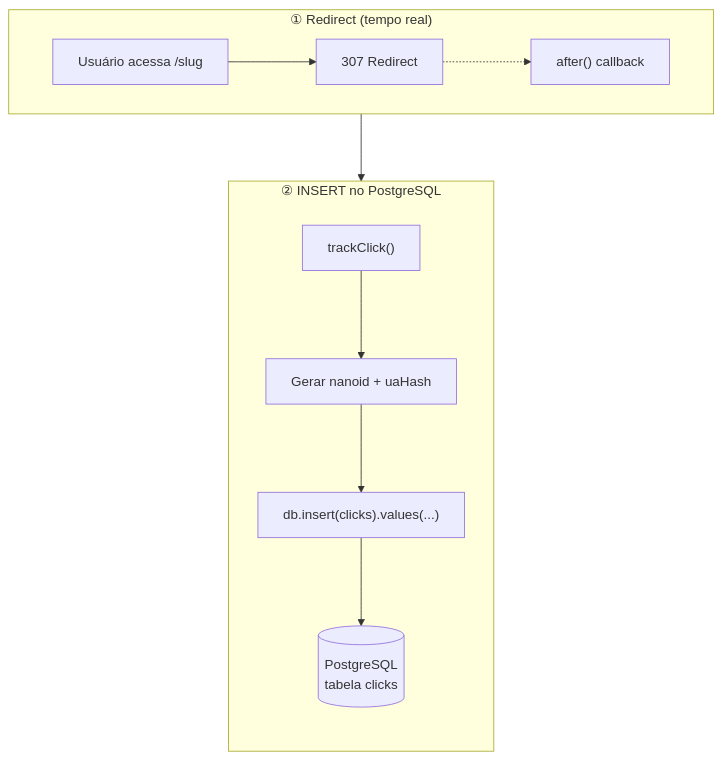
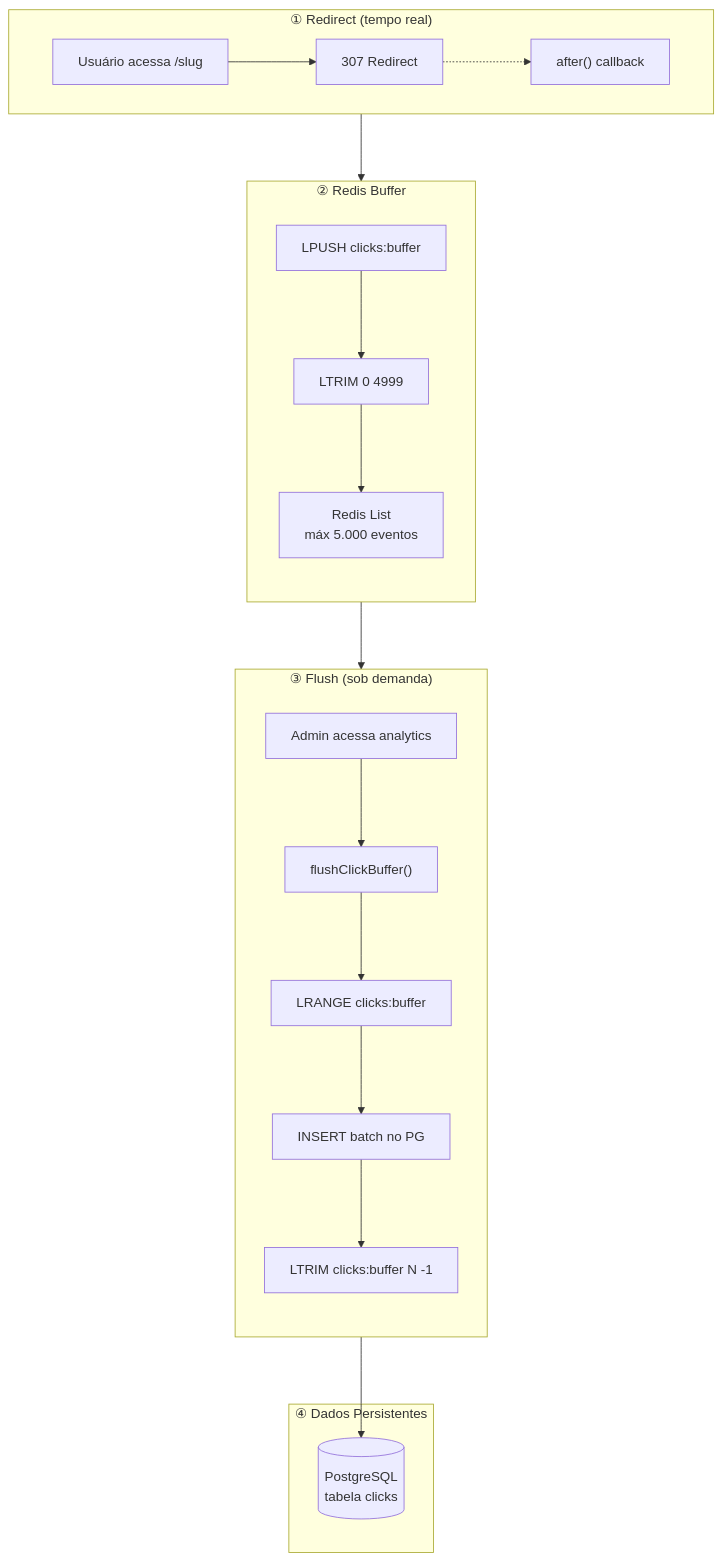
One commit to eduardoaugustolb/encurtador-url changed the first of 3 diagrams in docs/processos-background.md. Above: the diagram before and after it, drawn with Mermaid. The commit also changed other lines of this file and 10 other files, not shown here.

Commit message:
fix: Redis buffer para performance + LTRIM para flush sem re-inserção

````diff
--- a/docs/processos-background.md
+++ b/docs/processos-background.md
@@ -7,17 +7,31 @@
 ```mermaid
 %%{init: {'flowchart': {'nodeSpacing': 50, 'rankSpacing': 80}}}%%
 flowchart TB
     subgraph Redirect["① Redirect (tempo real)"]
         direction LR
         A["Usuário acessa /slug"] --> B["307 Redirect"]
         B -.-> C["after() callback"]
     end
 
-    subgraph Insert["② INSERT no PostgreSQL"]
+    subgraph Buffer["② Redis Buffer"]
         direction TB
-        C --> D["trackClick()"]
-        D --> E["Gerar nanoid + uaHash"]
-        E --> F["db.insert(clicks).values(...)"]
-        F --> G[("PostgreSQL<br/>tabela clicks")]
+        C --> D["LPUSH clicks:buffer"]
+        D --> E["LTRIM 0 4999"]
+        E --> F["Redis List<br/>máx 5.000 eventos"]
     end
+
+    subgraph Flush["③ Flush (sob demanda)"]
+        direction TB
+        G["Admin acessa analytics"] --> H["flushClickBuffer()"]
+        H --> I["LRANGE clicks:buffer"]
+        I --> J["INSERT batch no PG"]
+        J --> K["LTRIM clicks:buffer N -1"]
+    end
+
+    subgraph Storage["④ Dados Persistentes"]
+        L[("PostgreSQL<br/>tabela clicks")]
+    end
+
+    F --> H
+    K --> L
 ```
````
